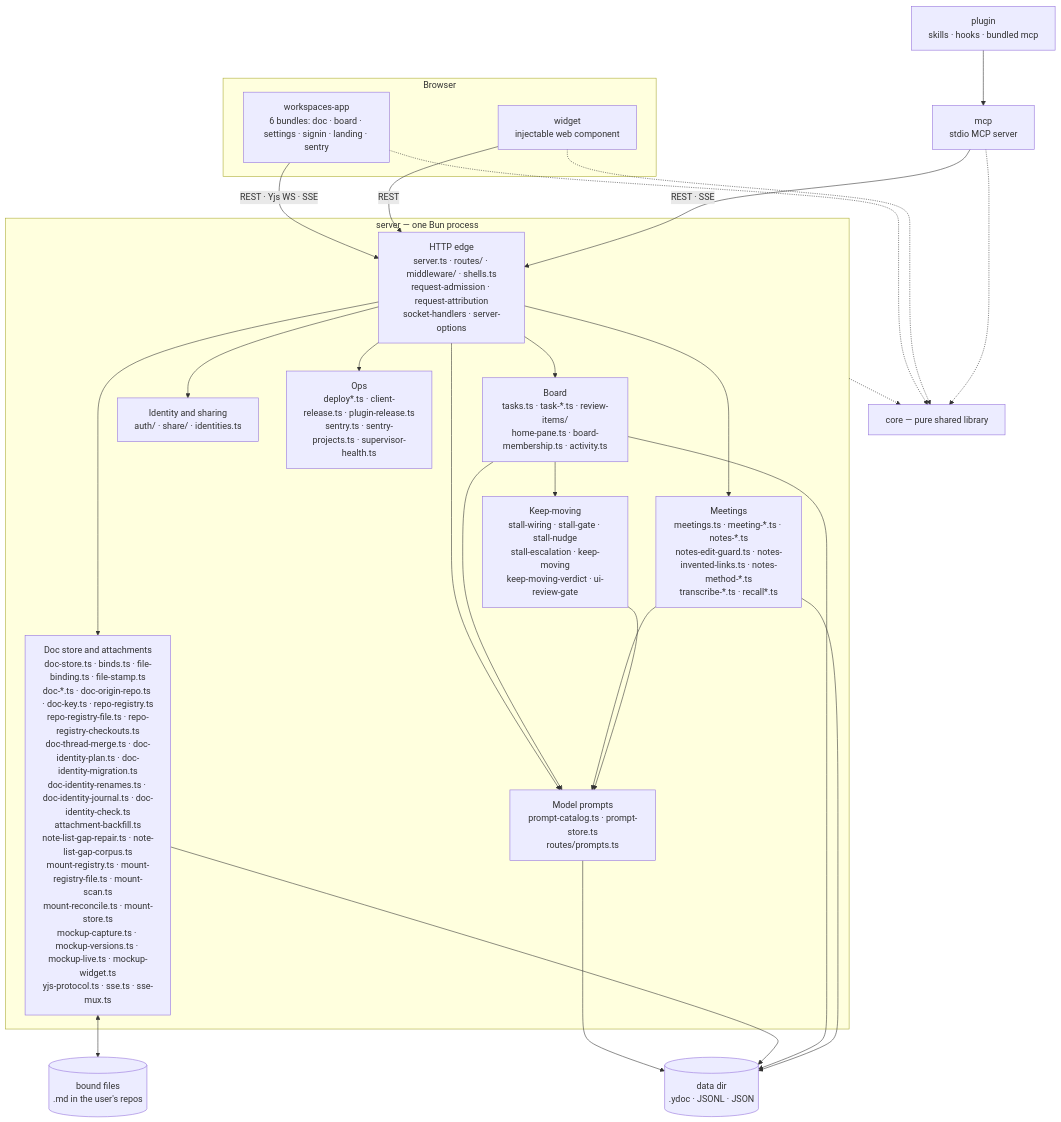
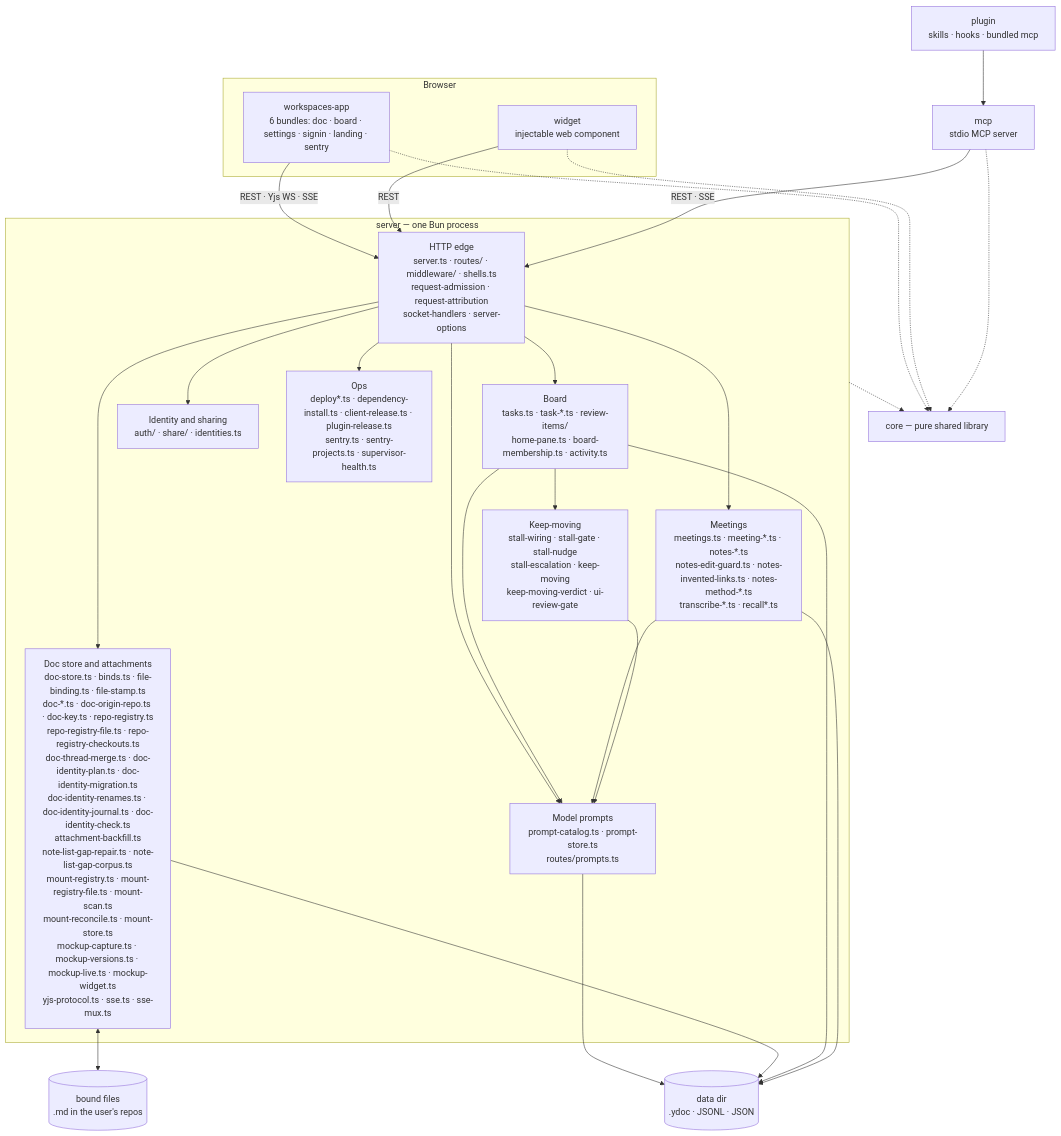
Before and after one commit to fryanpan/claude-workspaces-plugin: the first of 2 diagrams in docs/architecture/overview.md, drawn with Mermaid. The commit also changed other lines of this file and 7 other files, not shown here.

First line of the commit message:
The supervisor installs dependencies before it boots, so the manual deploy fallback cannot restart into a missing import

````diff
--- a/docs/architecture/overview.md
+++ b/docs/architecture/overview.md
@@ -45,35 +45,35 @@
 ```mermaid
 flowchart TB
   subgraph browser[Browser]
     app["workspaces-app<br/>6 bundles: doc · board · settings · signin · landing · sentry"]
     wid["widget<br/>injectable web component"]
   end
   plug["plugin<br/>skills · hooks · bundled mcp"]
   mcp["mcp<br/>stdio MCP server"]
   subgraph srv["server — one Bun process"]
     edge["HTTP edge<br/>server.ts · routes/ · middleware/ · shells.ts<br/>request-admission · request-attribution<br/>socket-handlers · server-options"]
     docs["Doc store and attachments<br/>doc-store.ts · binds.ts · file-binding.ts · file-stamp.ts<br/>doc-*.ts · doc-origin-repo.ts · doc-key.ts · repo-registry.ts<br/>repo-registry-file.ts · repo-registry-checkouts.ts<br/>doc-thread-merge.ts · doc-identity-plan.ts · doc-identity-migration.ts<br/>doc-identity-renames.ts · doc-identity-journal.ts · doc-identity-check.ts<br/>attachment-backfill.ts<br/>note-list-gap-repair.ts · note-list-gap-corpus.ts<br/>mount-registry.ts · mount-registry-file.ts · mount-scan.ts<br/>mount-reconcile.ts · mount-store.ts<br/>mockup-capture.ts · mockup-versions.ts · mockup-live.ts · mockup-widget.ts<br/>yjs-protocol.ts · sse.ts · sse-mux.ts"]
     board["Board<br/>tasks.ts · task-*.ts · review-items/<br/>home-pane.ts · board-membership.ts · activity.ts"]
     meet["Meetings<br/>meetings.ts · meeting-*.ts · notes-*.ts<br/>notes-edit-guard.ts · notes-invented-links.ts · notes-method-*.ts<br/>transcribe-*.ts · recall*.ts"]
     keep["Keep-moving<br/>stall-wiring · stall-gate · stall-nudge<br/>stall-escalation · keep-moving<br/>keep-moving-verdict · ui-review-gate"]
     ident["Identity and sharing<br/>auth/ · share/ · identities.ts"]
     prompts["Model prompts<br/>prompt-catalog.ts · prompt-store.ts<br/>routes/prompts.ts"]
-    ops["Ops<br/>deploy*.ts · client-release.ts · plugin-release.ts<br/>sentry.ts · sentry-projects.ts · supervisor-health.ts"]
+    ops["Ops<br/>deploy*.ts · dependency-install.ts · client-release.ts · plugin-release.ts<br/>sentry.ts · sentry-projects.ts · supervisor-health.ts"]
   end
   core["core — pure shared library"]
   disk[("data dir<br/>.ydoc · JSONL · JSON")]
   files[("bound files<br/>.md in the user's repos")]
 
   app -->|"REST · Yjs WS · SSE"| edge
   wid -->|REST| edge
   plug --> mcp
   mcp -->|"REST · SSE"| edge
   edge --> docs & board & meet & ident & ops & prompts
   board & meet & keep --> prompts
   prompts --> disk
   board --> keep
   docs <--> files
   docs & board & meet --> disk
   app & wid & mcp -.-> core
   srv -.-> core
 ```
````
